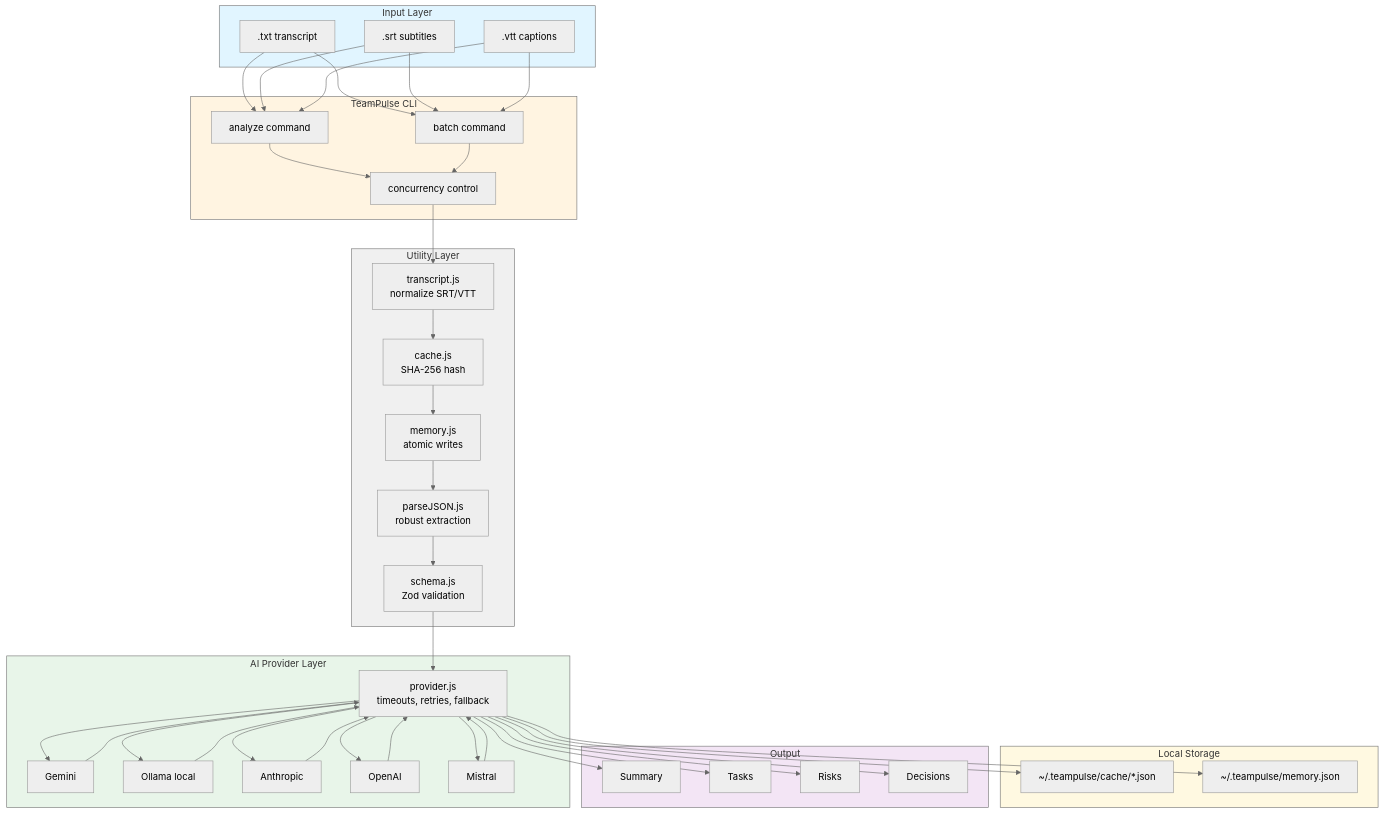
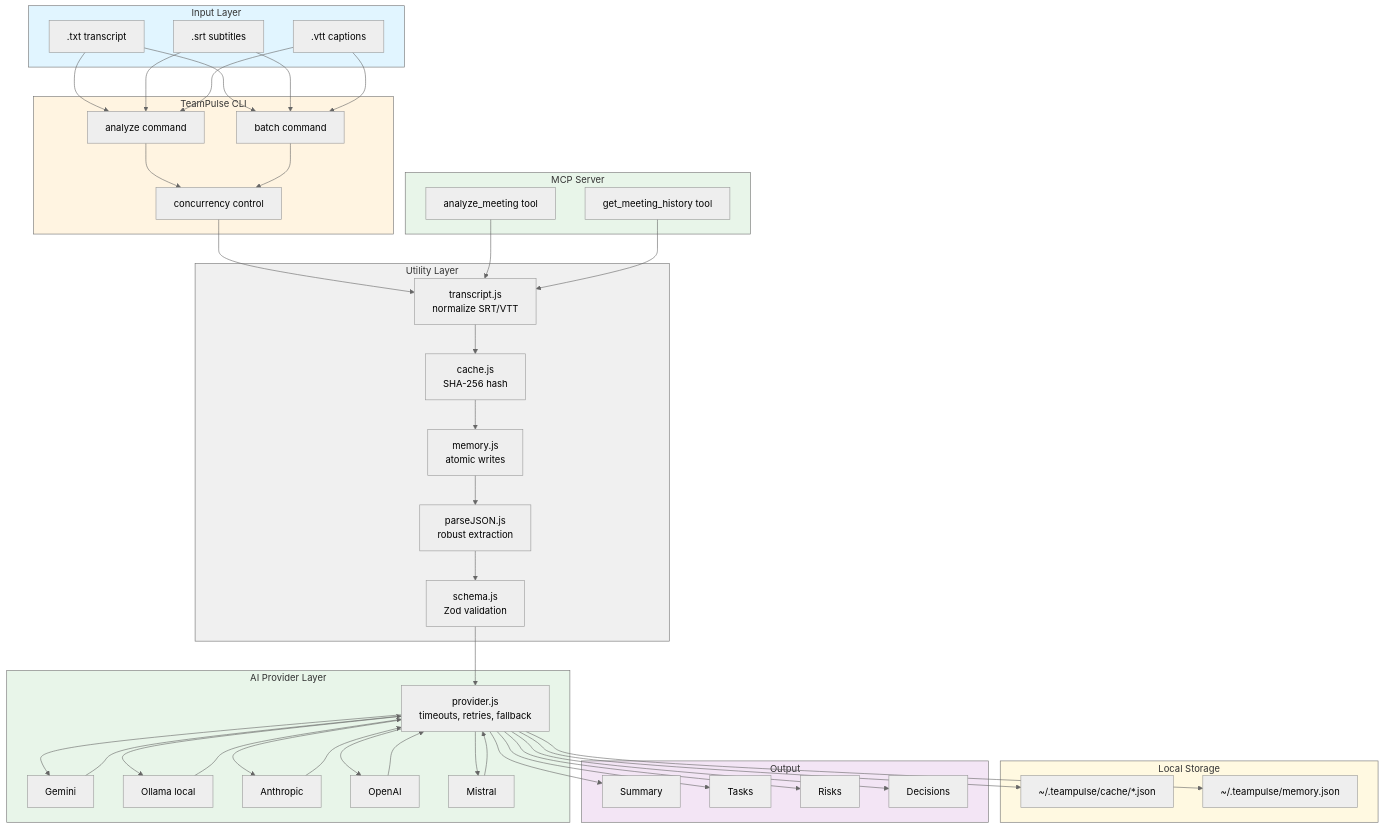
The diagram in README.md (mcontrerasmalpar-pixel/teampulse), drawn with Mermaid (neutral theme) before and after one commit. The commit also changed other lines of this file, not shown here.

Commit message:
docs: add MCP server documentation to README

````diff
--- a/README.md
+++ b/README.md
@@ -18,63 +19,70 @@
 ```mermaid
 flowchart TD
     subgraph Input["Input Layer"]
         A[".txt transcript"]
         B[".srt subtitles"]
         C[".vtt captions"]
     end
 
     subgraph CLI["TeamPulse CLI"]
         D["analyze command"]
         E["batch command"]
         F["concurrency control"]
     end
 
+    subgraph MCP["MCP Server"]
+        G["analyze_meeting tool"]
+        H["get_meeting_history tool"]
+    end
+
     subgraph Utils["Utility Layer"]
-        G["transcript.js<br/>normalize SRT/VTT"]
-        H["cache.js<br/>SHA-256 hash"]
-        I["memory.js<br/>atomic writes"]
-        J["parseJSON.js<br/>robust extraction"]
-        K["schema.js<br/>Zod validation"]
+        I["transcript.js<br/>normalize SRT/VTT"]
+        J["cache.js<br/>SHA-256 hash"]
+        K["memory.js<br/>atomic writes"]
+        L["parseJSON.js<br/>robust extraction"]
+        M["schema.js<br/>Zod validation"]
     end
 
     subgraph Provider["AI Provider Layer"]
-        L["provider.js<br/>timeouts, retries, fallback"]
-        M["Gemini"]
-        N["Ollama local"]
-        O["Anthropic"]
-        P["OpenAI"]
-        Q["Mistral"]
+        N["provider.js<br/>timeouts, retries, fallback"]
+        O["Gemini"]
+        P["Ollama local"]
+        Q["Anthropic"]
+        R["OpenAI"]
+        S["Mistral"]
     end
 
     subgraph Storage["Local Storage"]
-        R["~/.teampulse/cache/*.json"]
-        S["~/.teampulse/memory.json"]
+        T["~/.teampulse/cache/*.json"]
+        U["~/.teampulse/memory.json"]
     end
 
     subgraph Output["Output"]
-        T["Summary"]
-        U["Tasks"]
-        V["Risks"]
-        W["Decisions"]
+        V["Summary"]
+        W["Tasks"]
+        X["Risks"]
+        Y["Decisions"]
     end
 
     A & B & C --> D & E
     D & E --> F
-    F --> G
-    G --> H
-    H --> I
+    F --> I
+    G & H --> I
     I --> J
     J --> K
     K --> L
-    L --> M & N & O & P & Q
-    M & N & O & P & Q --> L
-    L --> R & S
-    L --> T & U & V & W
+    L --> M
+    M --> N
+    N --> O & P & Q & R & S
+    O & P & Q & R & S --> N
+    N --> T & U
+    N --> V & W & X & Y
 
     style Input fill:#e1f5ff
     style CLI fill:#fff4e1
+    style MCP fill:#e8f5e9
     style Utils fill:#f0f0f0
     style Provider fill:#e8f5e9
     style Storage fill:#fff9e1
     style Output fill:#f3e5f5
 ```
````
